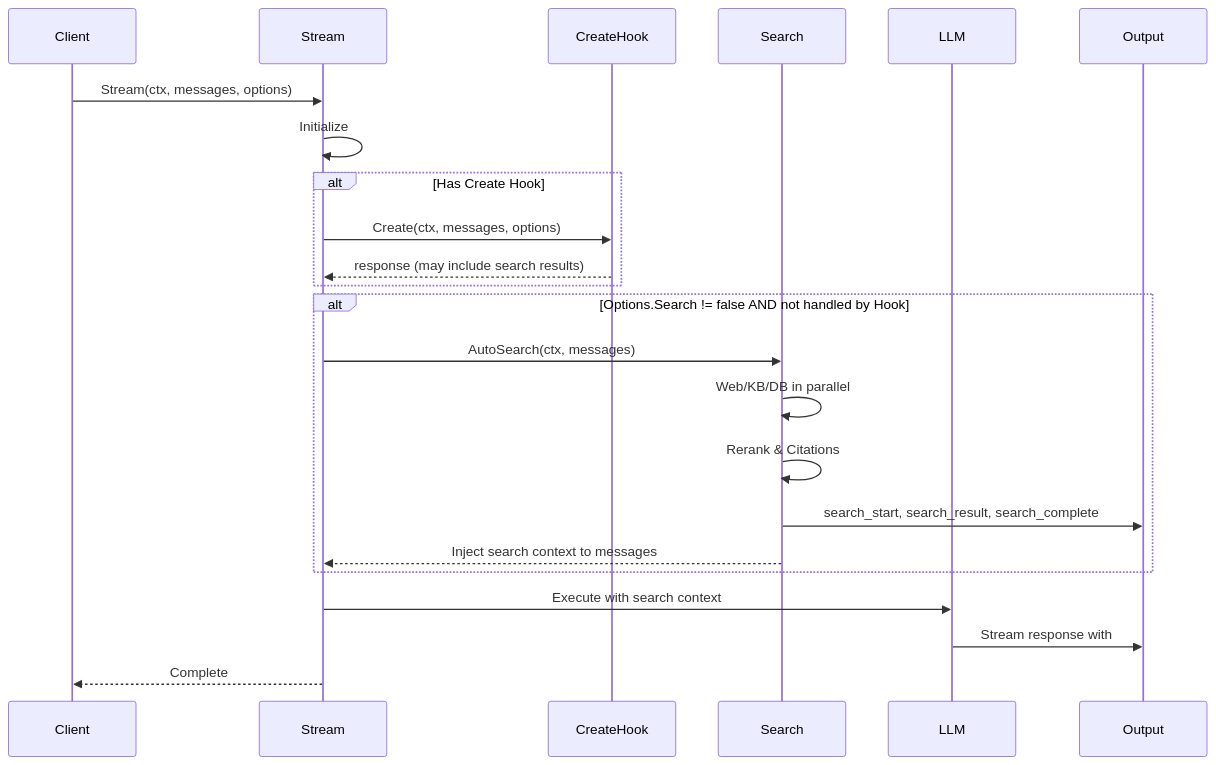
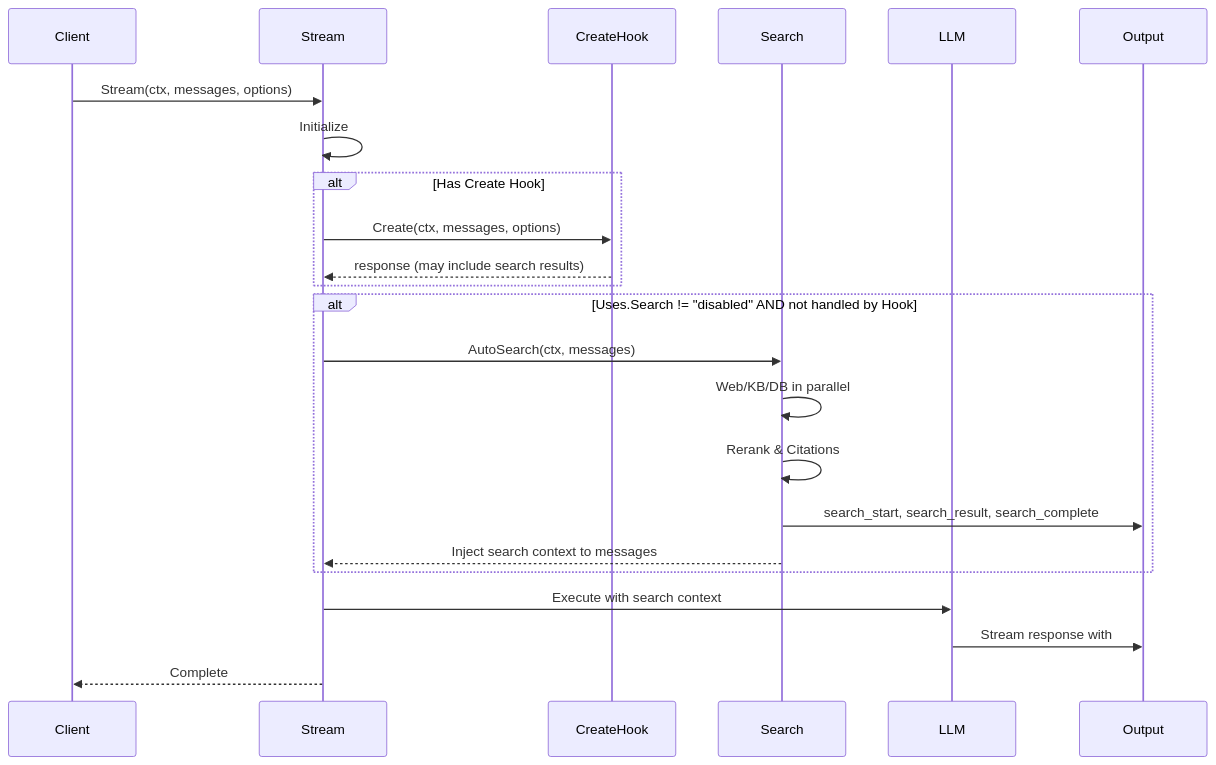
Before and after one commit to YaoApp/yao: the second of 3 diagrams in agent/search/DESIGN.md, drawn with Mermaid. The commit also changed other lines of this file, not shown here.

First line of the commit message:
Update DESIGN.md to implement and document the new search control mechanism

````diff
--- a/agent/search/DESIGN.md
+++ b/agent/search/DESIGN.md
@@ -91,29 +92,29 @@
 ```mermaid
 sequenceDiagram
     participant Client
     participant Stream
     participant CreateHook
     participant Search
     participant LLM
     participant Output
 
     Client->>Stream: Stream(ctx, messages, options)
     Stream->>Stream: Initialize
 
     alt Has Create Hook
         Stream->>CreateHook: Create(ctx, messages, options)
         CreateHook-->>Stream: response (may include search results)
     end
 
-    alt Options.Search != false AND not handled by Hook
+    alt Uses.Search != "disabled" AND not handled by Hook
         Stream->>Search: AutoSearch(ctx, messages)
         Search->>Search: Web/KB/DB in parallel
         Search->>Search: Rerank & Citations
         Search->>Output: search_start, search_result, search_complete
         Search-->>Stream: Inject search context to messages
     end
 
     Stream->>LLM: Execute with search context
     LLM->>Output: Stream response with #ref:xxx
     Stream-->>Client: Complete
 ```
````
